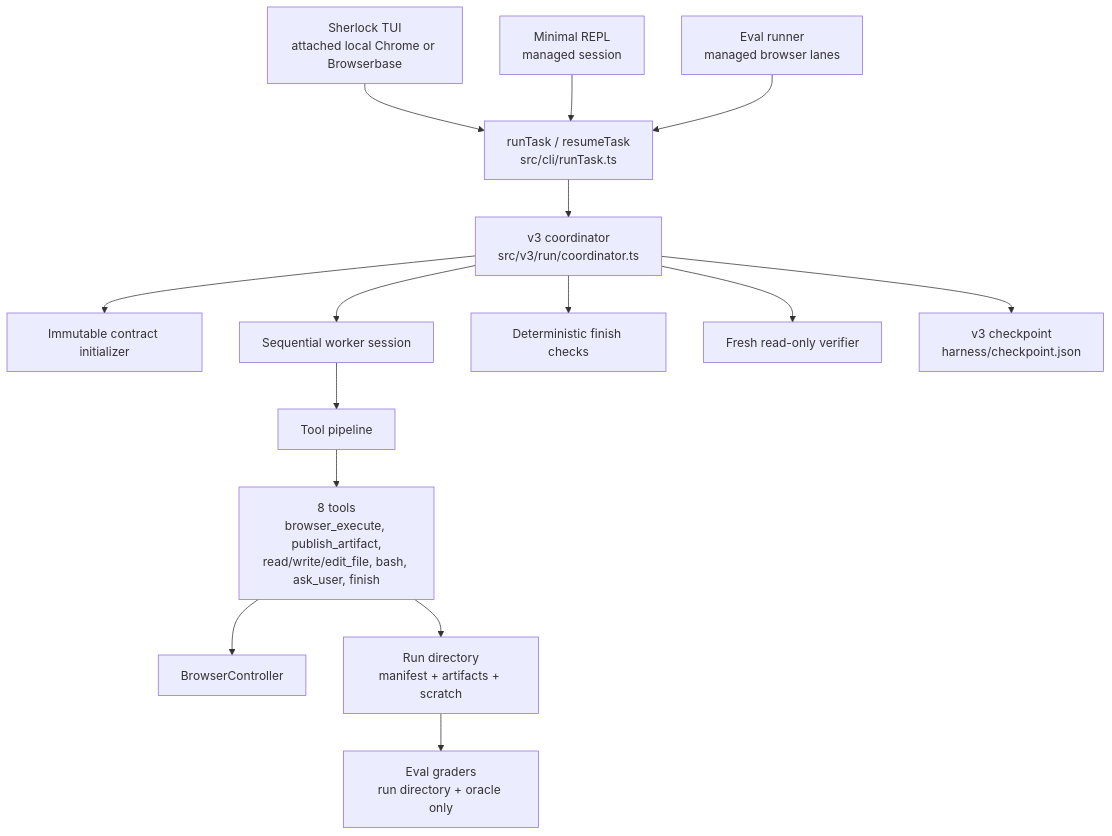
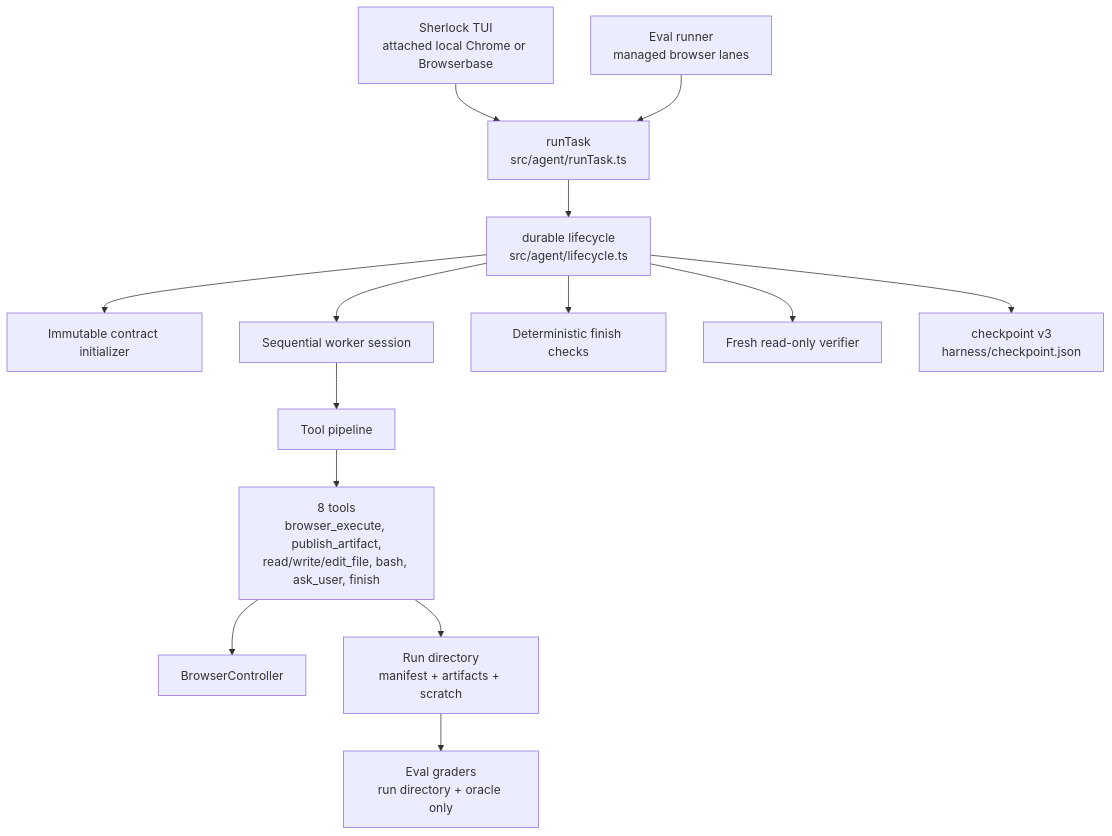
The first of 2 diagrams in .agents/summary/architecture.md (briosolivares/evidence-collection-agent), drawn with Mermaid before and after one commit. The commit also changed other lines of this file and 14 other files, not shown here.

Commit message:
docs: refresh simplified production architecture

````diff
--- a/.agents/summary/architecture.md
+++ b/.agents/summary/architecture.md
@@ -7,17 +7,16 @@
 ```mermaid
 flowchart TD
-    TUI["Sherlock TUI\nattached local Chrome or Browserbase"] --> RT["runTask / resumeTask\nsrc/cli/runTask.ts"]
-    REPL["Minimal REPL\nmanaged session"] --> RT
+    TUI["Sherlock TUI\nattached local Chrome or Browserbase"] --> RT["runTask\nsrc/agent/runTask.ts"]
     EVAL["Eval runner\nmanaged browser lanes"] --> RT
-    RT --> C["v3 coordinator\nsrc/v3/run/coordinator.ts"]
+    RT --> C["durable lifecycle\nsrc/agent/lifecycle.ts"]
     C --> I["Immutable contract initializer"]
     C --> W["Sequential worker session"]
     C --> D["Deterministic finish checks"]
     C --> V["Fresh read-only verifier"]
     W --> P["Tool pipeline"]
     P --> TOOLS["8 tools\nbrowser_execute, publish_artifact,\nread/write/edit_file, bash, ask_user, finish"]
     TOOLS --> B["BrowserController"]
     TOOLS --> R["Run directory\nmanifest + artifacts + scratch"]
-    C --> CP["v3 checkpoint\nharness/checkpoint.json"]
+    C --> CP["checkpoint v3\nharness/checkpoint.json"]
     R --> G["Eval graders\nrun directory + oracle only"]
 ```
````
